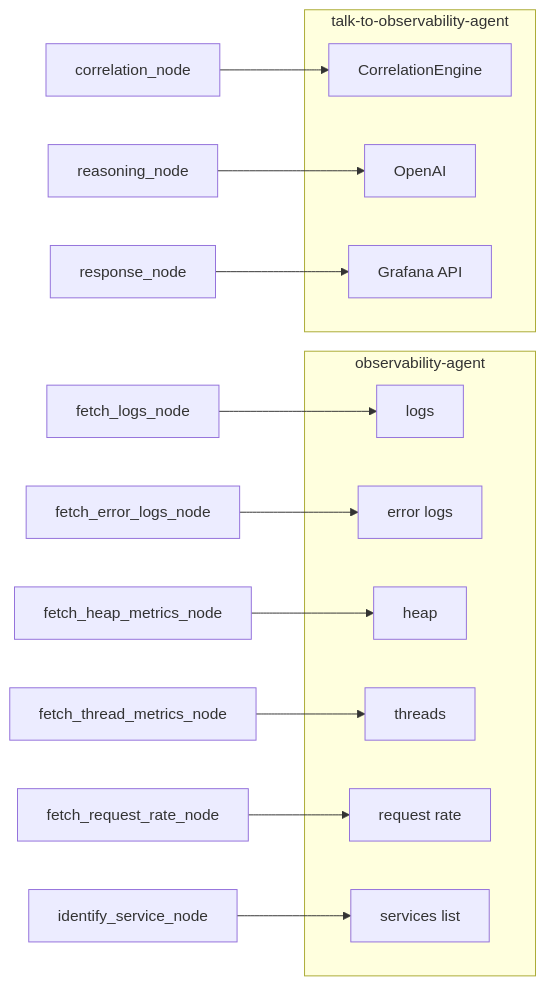
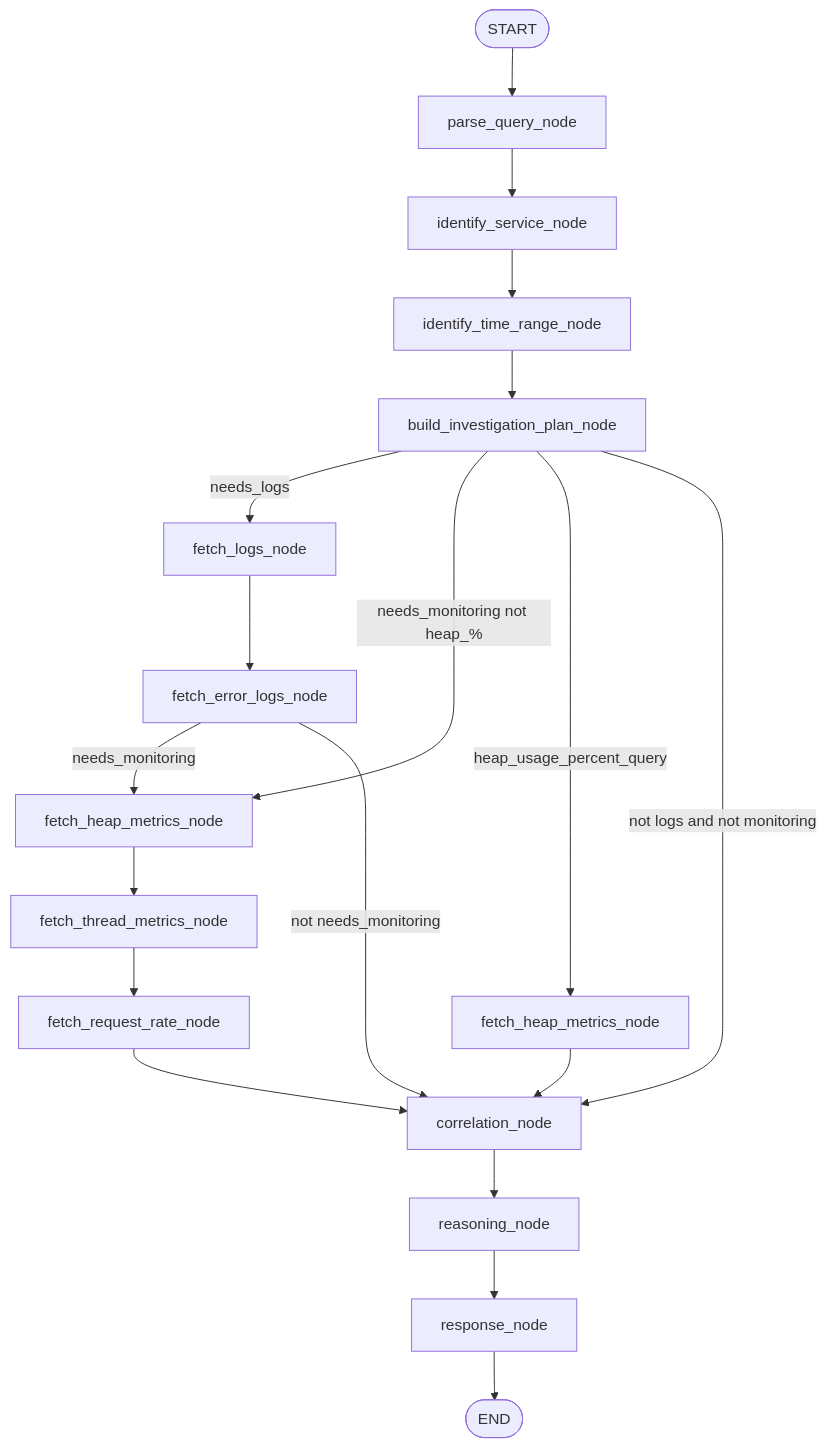
One commit to vuppalapatisn/agentic-microservices changed the diagram in microservices/talk-to-observability-agent/app/graph/workflow-diagram.md. Above: the diagram before and after it, drawn with Mermaid. The commit also changed other lines of this file and 20 other files, not shown here.

Commit message:
Update lang graph workflow

````diff
--- a/microservices/talk-to-observability-agent/app/graph/workflow-diagram.md
+++ b/microservices/talk-to-observability-agent/app/graph/workflow-diagram.md
@@ -159,27 +9,21 @@
 ```mermaid
-flowchart LR
-    subgraph API["observability-agent"]
-        L[logs]
-        E[error logs]
-        H[heap]
-        T[threads]
-        R[request rate]
-        S[services list]
-    end
-
-    subgraph Agents["talk-to-observability-agent"]
-        CE[CorrelationEngine]
-        OAI[OpenAI]
-        GF[Grafana API]
-    end
-
-    identify_service_node --> S
-    fetch_logs_node --> L
-    fetch_error_logs_node --> E
-    fetch_heap_metrics_node --> H
-    fetch_thread_metrics_node --> T
-    fetch_request_rate_node --> R
-    correlation_node --> CE
-    reasoning_node --> OAI
-    response_node --> GF
+flowchart TD
+    START([START]) --> parse[parse_query_node]
+    parse --> svc[identify_service_node]
+    svc --> time[identify_time_range_node]
+    time --> plan[build_investigation_plan_node]
+    plan -->|needs_logs| fetchLogs[fetch_logs_node]
+    plan -->|needs_monitoring not heap_%| fetchHeapFull[fetch_heap_metrics_node]
+    plan -->|heap_usage_percent_query| fetchHeapOnly[fetch_heap_metrics_node]
+    plan -->|not logs and not monitoring| correlate[correlation_node]
+    fetchLogs --> fetchErr[fetch_error_logs_node]
+    fetchErr -->|needs_monitoring| fetchHeapFull
+    fetchErr -->|not needs_monitoring| correlate
+    fetchHeapOnly --> correlate
+    fetchHeapFull --> fetchThreads[fetch_thread_metrics_node]
+    fetchThreads --> fetchRate[fetch_request_rate_node]
+    fetchRate --> correlate
+    correlate --> reason[reasoning_node]
+    reason --> resp[response_node]
+    resp --> END_NODE([END])
 ```
````
